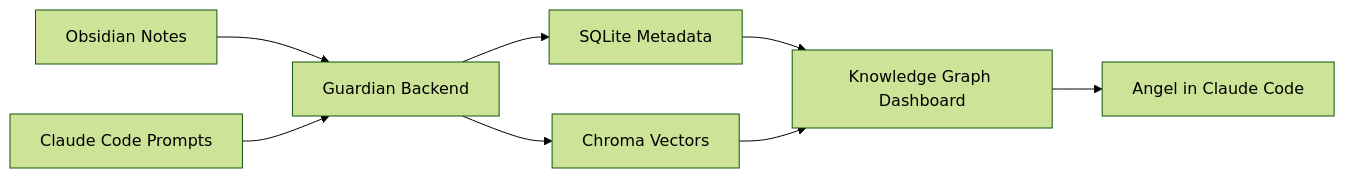
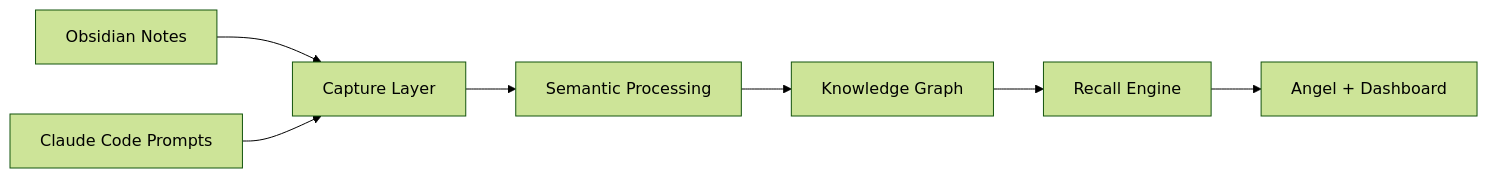
The diagram in README.md (Starlight258/Guardian), drawn with Mermaid (forest theme) before and after one commit. The commit also changed other lines of this file and 2 other files, not shown here.

````diff
--- a/README.md
+++ b/README.md
@@ -43,10 +37,9 @@
 ```mermaid
 flowchart LR
-  A[Obsidian Notes] --> C[Guardian Backend]
+  A[Obsidian Notes] --> C[Capture Layer]
   B[Claude Code Prompts] --> C
-  C --> D[SQLite Metadata]
-  C --> E[Chroma Vectors]
-  D --> F[Knowledge Graph Dashboard]
-  E --> F
-  F --> G[Angel in Claude Code]
+  C --> D[Semantic Processing]
+  D --> E[Knowledge Graph]
+  E --> F[Recall Engine]
+  F --> G[Angel + Dashboard]
 ```
````
